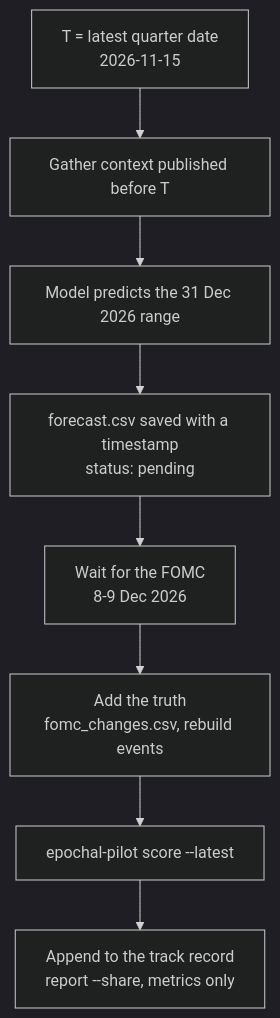
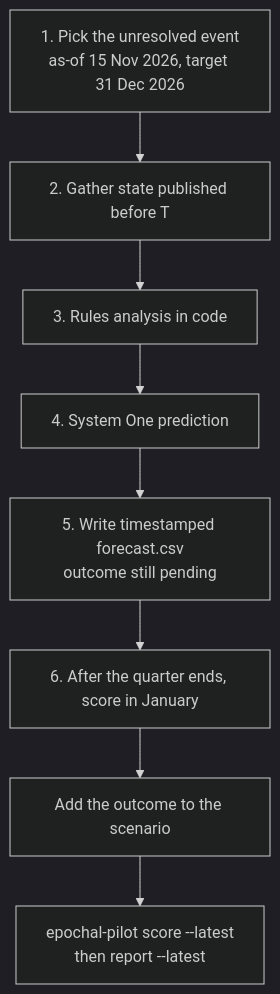
Before and after one commit to sgarrepalli27/epochal-pilot: the third of 4 diagrams in README.md, drawn with Mermaid (dark theme). The commit also changed other lines of this file and 3 other files, not shown here.

Commit message:
Release v0.3.1: System One providers, official pipeline, and developer README

````diff
--- a/README.md
+++ b/README.md
@@ -158,10 +139,10 @@
 ```mermaid
 flowchart TD
-    A["T = latest quarter date<br/>2026-11-15"] --> B["Gather context published before T"]
-    B --> C["Model predicts the 31 Dec 2026 range"]
-    C --> D["forecast.csv saved with a timestamp<br/>status: pending"]
-    D --> E["Wait for the FOMC<br/>8-9 Dec 2026"]
-    E --> F["Add the truth<br/>fomc_changes.csv, rebuild events"]
-    F --> G["epochal-pilot score --latest"]
-    G --> H["Append to the track record<br/>report --share, metrics only"]
+    L1["1. Pick the unresolved event<br/>as-of 15 Nov 2026, target 31 Dec 2026"] --> L2["2. Gather state published before T"]
+    L2 --> L3["3. Rules analysis in code"]
+    L3 --> L4["4. System One prediction"]
+    L4 --> L5["5. Write timestamped forecast.csv<br/>outcome still pending"]
+    L5 --> L6["6. After the quarter ends, score in January"]
+    L6 --> L7["Add the outcome to the scenario"]
+    L7 --> L8["epochal-pilot score --latest<br/>then report --latest"]
 ```
````
